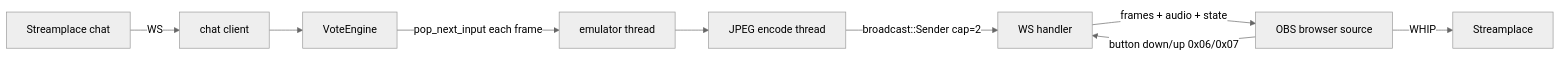
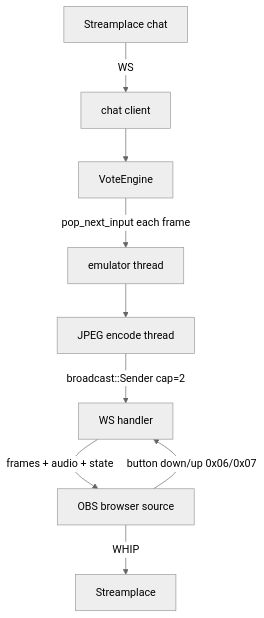
Before and after one commit to espeon/stream-plays-pokemon: the diagram in readme.md, drawn with Mermaid (neutral theme).

Commit message:
LR really sucks

````diff
--- a/readme.md
+++ b/readme.md
@@ -64,11 +64,11 @@
 ```mermaid
-flowchart LR
+flowchart TD
     Chat["Streamplace chat"] -->|WS| ChatClient["chat client"]
     ChatClient --> VoteEngine["VoteEngine"]
     VoteEngine -->|pop_next_input each frame| EmulatorThread["emulator thread"]
     EmulatorThread --> EncodeThread["JPEG encode thread"]
     EncodeThread -->|broadcast::Sender cap=2| WSHandler["WS handler"]
     WSHandler -->|frames + audio + state| Browser["OBS browser source"]
     Browser -->|WHIP| Streamplace["Streamplace"]
     Browser -->|button down/up 0x06/0x07| WSHandler
 ```
````
